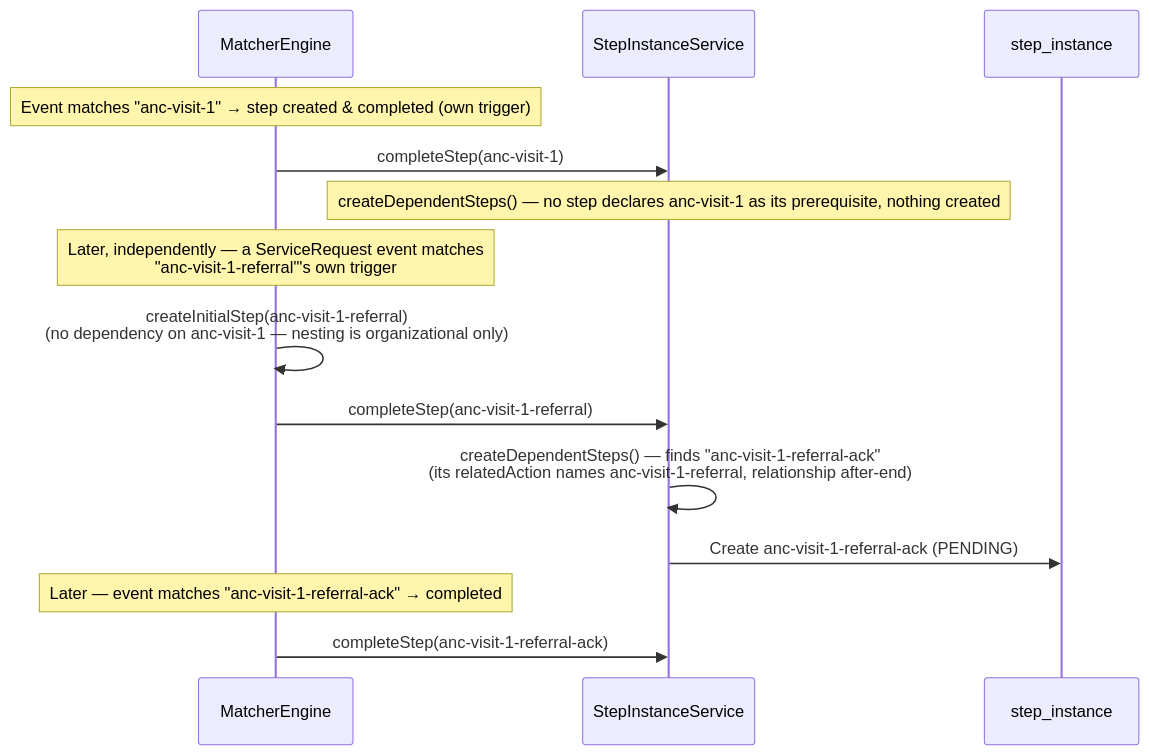
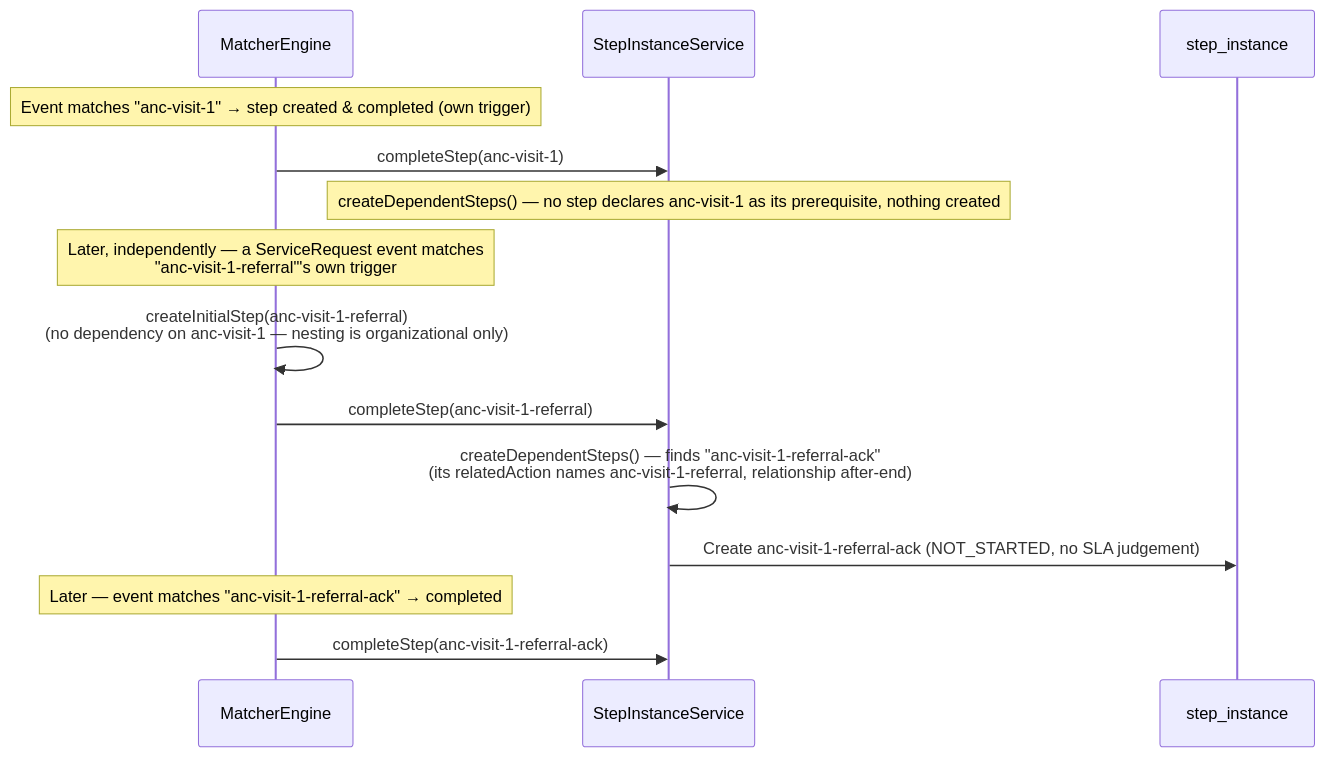
One commit to Jayaprakash8887/cce-matcher-service changed the seventh of 7 diagrams in docs/architecture-overview.md. Above: the diagram before and after it, drawn with Mermaid. The commit also changed other lines of this file and 28 other files, not shown here.

````diff
--- a/docs/architecture-overview.md
+++ b/docs/architecture-overview.md
@@ -809,19 +809,19 @@
 ```mermaid
 sequenceDiagram
     participant Engine as MatcherEngine
     participant SIS as StepInstanceService
     participant DB as step_instance
 
     Note over Engine: Event matches "anc-visit-1" → step created & completed (own trigger)
     Engine->>SIS: completeStep(anc-visit-1)
     Note over SIS: createDependentSteps() — no step declares anc-visit-1 as its prerequisite, nothing created
 
     Note over Engine: Later, independently — a ServiceRequest event matches<br/>"anc-visit-1-referral"'s own trigger
     Engine->>Engine: createInitialStep(anc-visit-1-referral)<br/>(no dependency on anc-visit-1 — nesting is organizational only)
     Engine->>SIS: completeStep(anc-visit-1-referral)
     SIS->>SIS: createDependentSteps() — finds "anc-visit-1-referral-ack"<br/>(its relatedAction names anc-visit-1-referral, relationship after-end)
-    SIS->>DB: Create anc-visit-1-referral-ack (PENDING)
+    SIS->>DB: Create anc-visit-1-referral-ack (NOT_STARTED, no SLA judgement)
 
     Note over Engine: Later — event matches "anc-visit-1-referral-ack" → completed
     Engine->>SIS: completeStep(anc-visit-1-referral-ack)
 ```
````
